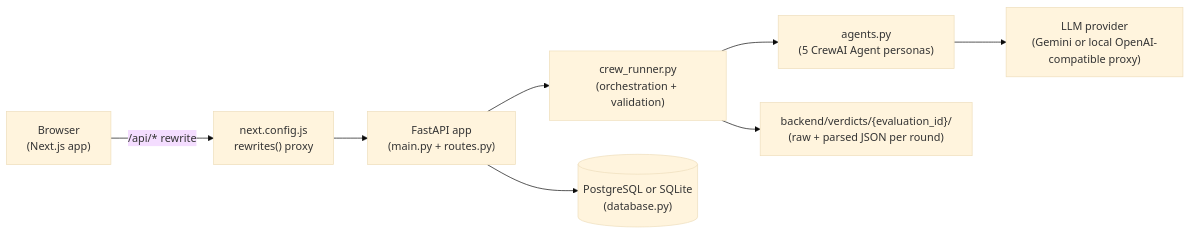
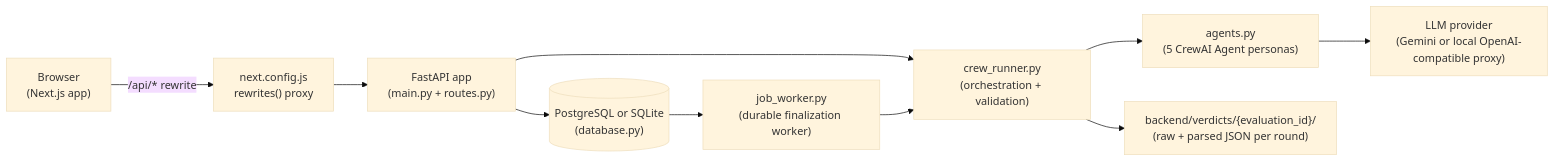
The diagram in docs/ARCHITECTURE.md (shwejan005/interviewagent), drawn with Mermaid (base theme) before and after one commit. The commit also changed other lines of this file and 10 other files, not shown here.

````diff
--- a/docs/ARCHITECTURE.md
+++ b/docs/ARCHITECTURE.md
@@ -12,10 +12,12 @@
 ```mermaid
 flowchart LR
     Browser["Browser\n(Next.js app)"] -->|"/api/* rewrite"| NextProxy["next.config.js\nrewrites() proxy"]
     NextProxy --> FastAPI["FastAPI app\n(main.py + routes.py)"]
     FastAPI --> CrewRunner["crew_runner.py\n(orchestration + validation)"]
     CrewRunner --> Agents["agents.py\n(5 CrewAI Agent personas)"]
     Agents --> LLM["LLM provider\n(Gemini or local OpenAI-compatible proxy)"]
     CrewRunner --> Verdicts["backend/verdicts/{evaluation_id}/\n(raw + parsed JSON per round)"]
     FastAPI --> DB[("PostgreSQL or SQLite\n(database.py)")]
+    DB --> Worker["job_worker.py\n(durable finalization worker)"]
+    Worker --> CrewRunner
 ```
````
